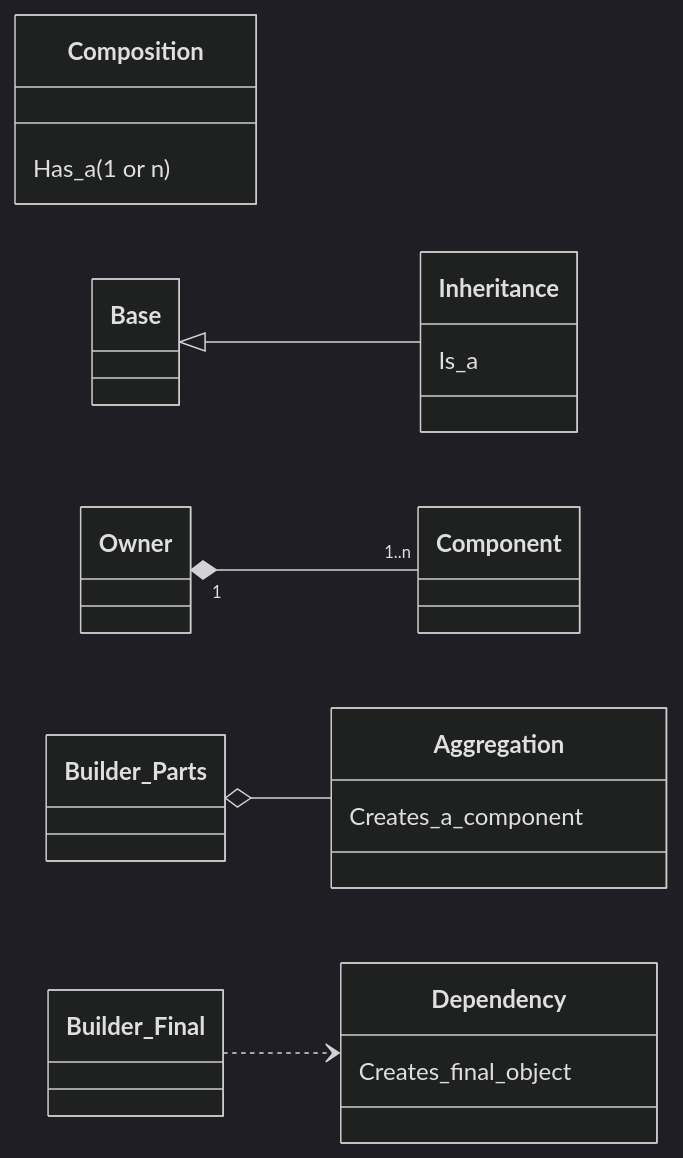
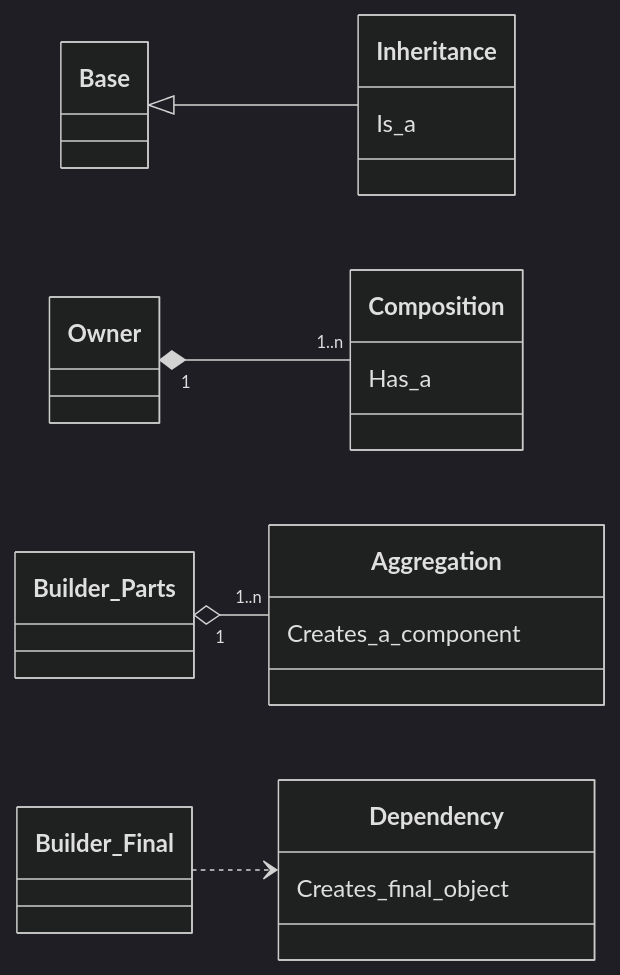
The second of 2 diagrams in 01_Builder/Dynamic_example/diagram.md (Cichlidfishexigency721/Modern-CPP-Design-Patterns), drawn with Mermaid (dark theme) before and after one commit. The commit also changed other lines of this file, not shown here.

````diff
--- a/01_Builder/Dynamic_example/diagram.md
+++ b/01_Builder/Dynamic_example/diagram.md
@@ -49,13 +49,13 @@
 ```mermaid
 classDiagram
     direction LR
     class Inheritance { Is_a }
-    class Composition { Has_a (1 or n) }
+    class Composition { Has_a }
     class Aggregation { Creates_a_component }
     class Dependency { Creates_final_object }
 
     Base <|-- Inheritance
-    Owner "1" *-- "1..n" Component
-    Builder_Parts o-- Aggregation
+    Owner "1" *-- "1..n" Composition
+    Builder_Parts "1" o-- "1..n" Aggregation
     Builder_Final ..> Dependency
 ```
````
